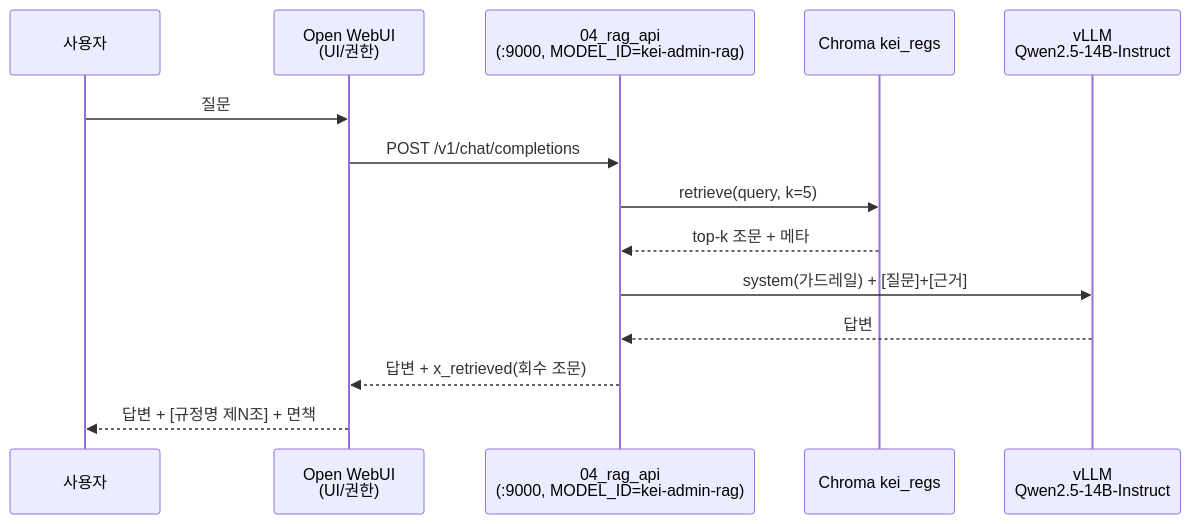
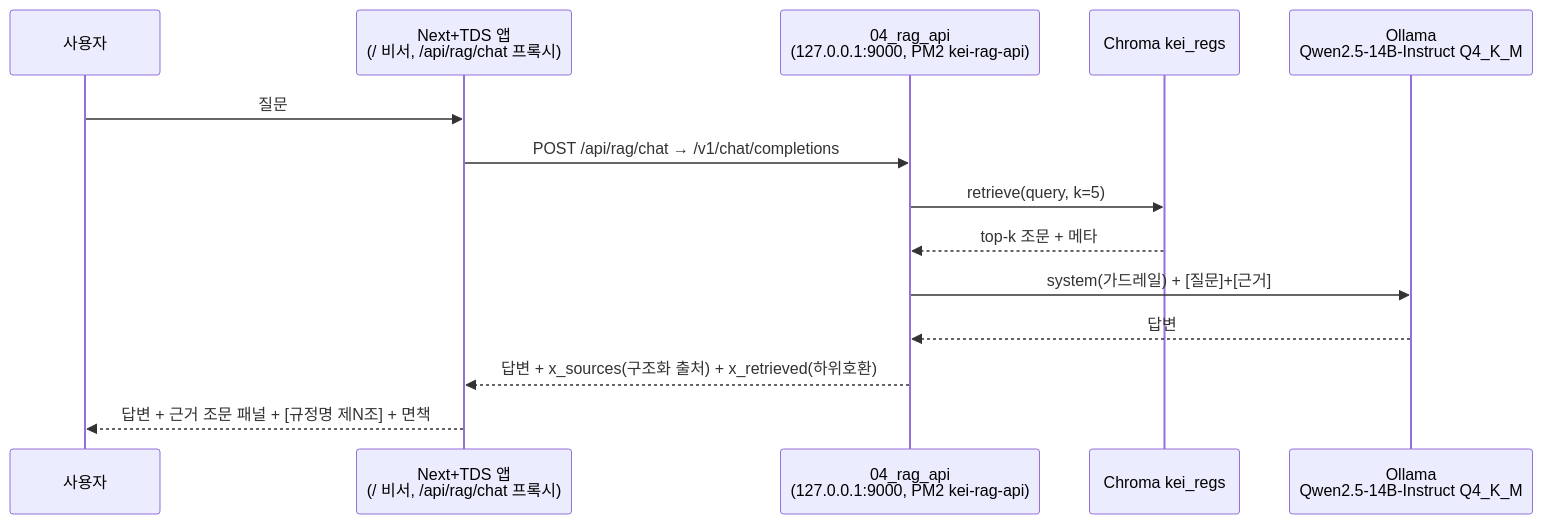
One commit to mooner92/KEIAdminSuperv changed the second of 3 diagrams in docs/05-rag-design.md. Above: the diagram before and after it, drawn with Mermaid. The commit also changed other lines of this file and 4 other files, not shown here.

First line of the commit message:
docs: vLLM→Ollama 현실 반영 + 비서 통합·필터·드로어·PM2 배포 정합화

````diff
--- a/docs/05-rag-design.md
+++ b/docs/05-rag-design.md
@@ -254,16 +254,16 @@
 ```mermaid
 sequenceDiagram
   participant U as 사용자
-  participant W as Open WebUI<br/>(UI/권한)
-  participant A as 04_rag_api<br/>(:9000, MODEL_ID=kei-admin-rag)
+  participant W as Next+TDS 앱<br/>(/ 비서, /api/rag/chat 프록시)
+  participant A as 04_rag_api<br/>(127.0.0.1:9000, PM2 kei-rag-api)
   participant C as Chroma kei_regs
-  participant V as vLLM<br/>Qwen2.5-14B-Instruct
+  participant V as Ollama<br/>Qwen2.5-14B-Instruct Q4_K_M
   U->>W: 질문
-  W->>A: POST /v1/chat/completions
+  W->>A: POST /api/rag/chat → /v1/chat/completions
   A->>C: retrieve(query, k=5)
   C-->>A: top-k 조문 + 메타
   A->>V: system(가드레일) + [질문]+[근거]
   V-->>A: 답변
-  A-->>W: 답변 + x_retrieved(회수 조문)
-  W-->>U: 답변 + [규정명 제N조] + 면책
+  A-->>W: 답변 + x_sources(구조화 출처) + x_retrieved(하위호환)
+  W-->>U: 답변 + 근거 조문 패널 + [규정명 제N조] + 면책
 ```
````
